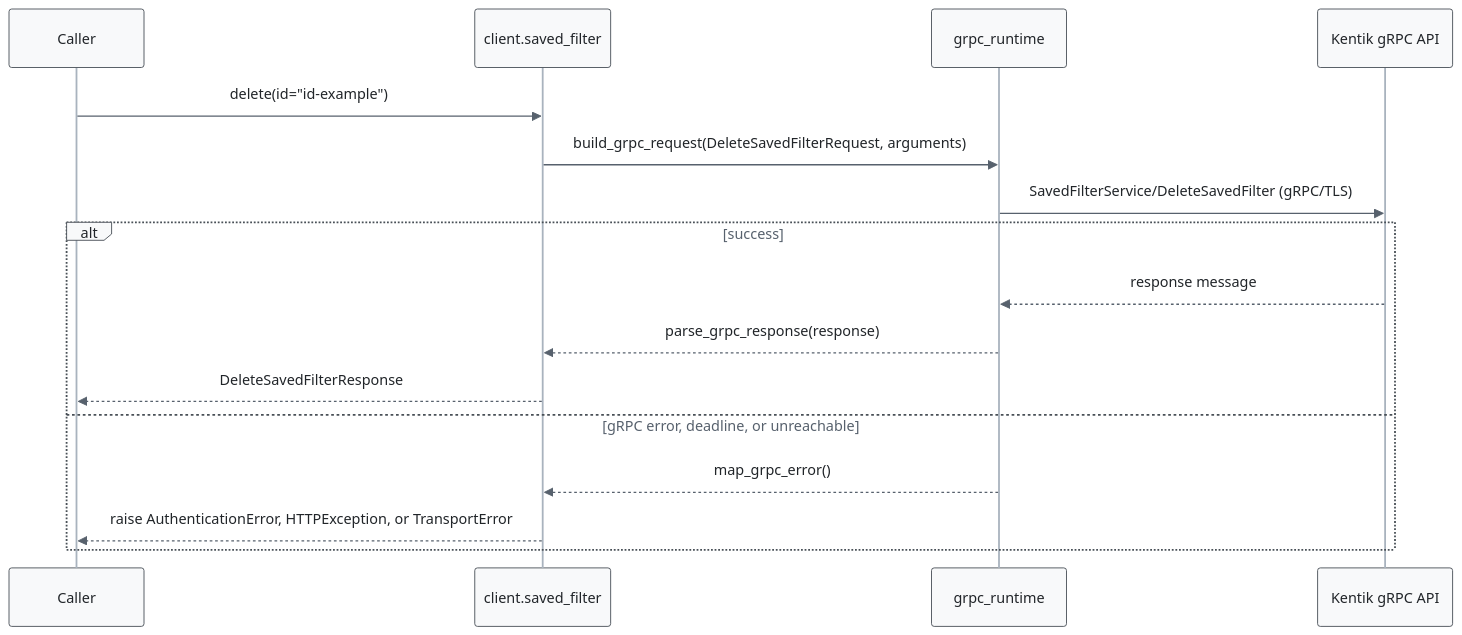
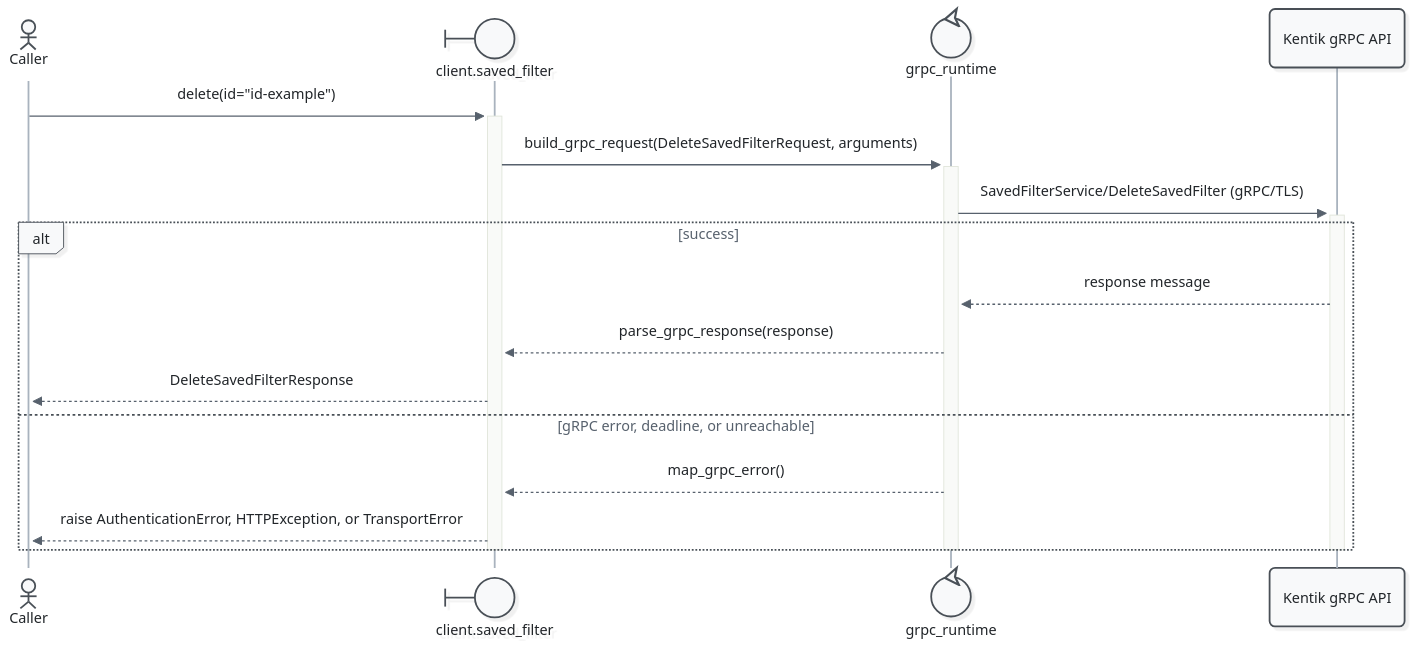
One commit to alexdearaujo/community_sdk_python changed the eighth of 13 diagrams in docs/sphinx/services/saved_filter.md. Above: the diagram before and after it, drawn with Mermaid. The commit also changed other lines of this file and 52 other files, not shown here.

First line of the commit message:
docs: Mermaid 12 sequence diagrams with participant types and path colors

````diff
--- a/docs/sphinx/services/saved_filter.md
+++ b/docs/sphinx/services/saved_filter.md
@@ -293,20 +310,23 @@
 ```mermaid
-%%{init: {"theme": "base", "fontFamily": "ui-monospace, SFMono-Regular, Menlo, monospace", "themeVariables": {"fontFamily": "ui-monospace, SFMono-Regular, Menlo, monospace", "primaryColor": "#f8f9fa", "primaryBorderColor": "#495057", "primaryTextColor": "#212529", "textColor": "#212529", "lineColor": "#77818c", "edgeLabelBackground": "#ffffff", "actorBkg": "#f8f9fa", "actorBorder": "#495057", "actorTextColor": "#212529", "actorLineColor": "#a9b3be", "signalColor": "#57616d", "signalTextColor": "#212529", "labelBoxBkgColor": "#f8f9fa", "labelBoxBorderColor": "#495057", "labelTextColor": "#212529", "loopTextColor": "#57616d", "noteBkgColor": "#fff9db", "noteBorderColor": "#f08c00", "noteTextColor": "#a35a00"}, "flowchart": {"curve": "step", "nodeSpacing": 30, "rankSpacing": 70, "wrappingWidth": 400}}}%%
+%%{init: {"theme": "redux", "look": "neo", "layout": "dagre", "fontFamily": "ui-monospace, SFMono-Regular, Menlo, monospace", "themeVariables": {"fontFamily": "ui-monospace, SFMono-Regular, Menlo, monospace", "primaryColor": "#f8f9fa", "primaryBorderColor": "#495057", "primaryTextColor": "#212529", "textColor": "#212529", "lineColor": "#77818c", "edgeLabelBackground": "#ffffff", "actorBkg": "#f8f9fa", "actorBorder": "#495057", "actorTextColor": "#212529", "actorLineColor": "#a9b3be", "signalColor": "#57616d", "signalTextColor": "#212529", "labelBoxBkgColor": "#f8f9fa", "labelBoxBorderColor": "#495057", "labelTextColor": "#212529", "loopTextColor": "#57616d", "noteBkgColor": "#fff9db", "noteBorderColor": "#f08c00", "noteTextColor": "#a35a00"}, "sequence": {"activationWidth": 16}, "flowchart": {"curve": "step", "nodeSpacing": 30, "rankSpacing": 70, "wrappingWidth": 400}}}%%
 sequenceDiagram
-    participant C as Caller
-    participant W as client.saved_filter
-    participant R as grpc_runtime
+    actor C as Caller
+    participant W@{ "type": "boundary" } as client.saved_filter
+    participant R@{ "type": "control" } as grpc_runtime
     participant API as Kentik gRPC API
 
-    C->>W: delete(id="id-example")
-    W->>R: build_grpc_request(DeleteSavedFilterRequest, arguments)
-    R->>API: SavedFilterService/DeleteSavedFilter (gRPC/TLS)
+    C->>+W: delete(id="id-example")
+    W->>+R: build_grpc_request(DeleteSavedFilterRequest, arguments)
+    R->>+API: SavedFilterService/DeleteSavedFilter (gRPC/TLS)
     alt success
         API-->>R: response message
         R-->>W: parse_grpc_response(response)
         W-->>C: DeleteSavedFilterResponse
     else gRPC error, deadline, or unreachable
         R-->>W: map_grpc_error()
         W-->>C: raise AuthenticationError, HTTPException, or TransportError
     end
+    deactivate API
+    deactivate R
+    deactivate W
 ```
````
